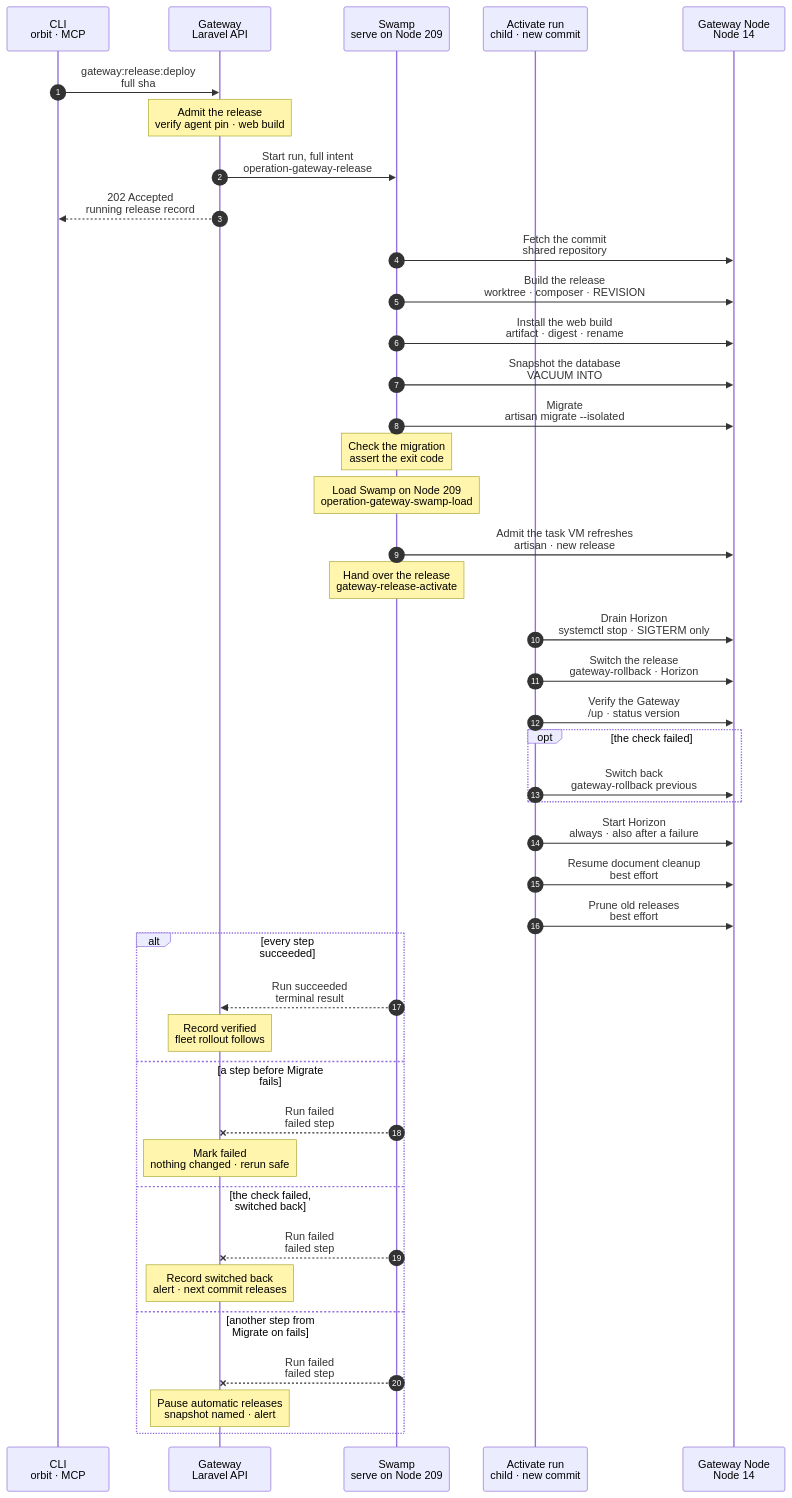
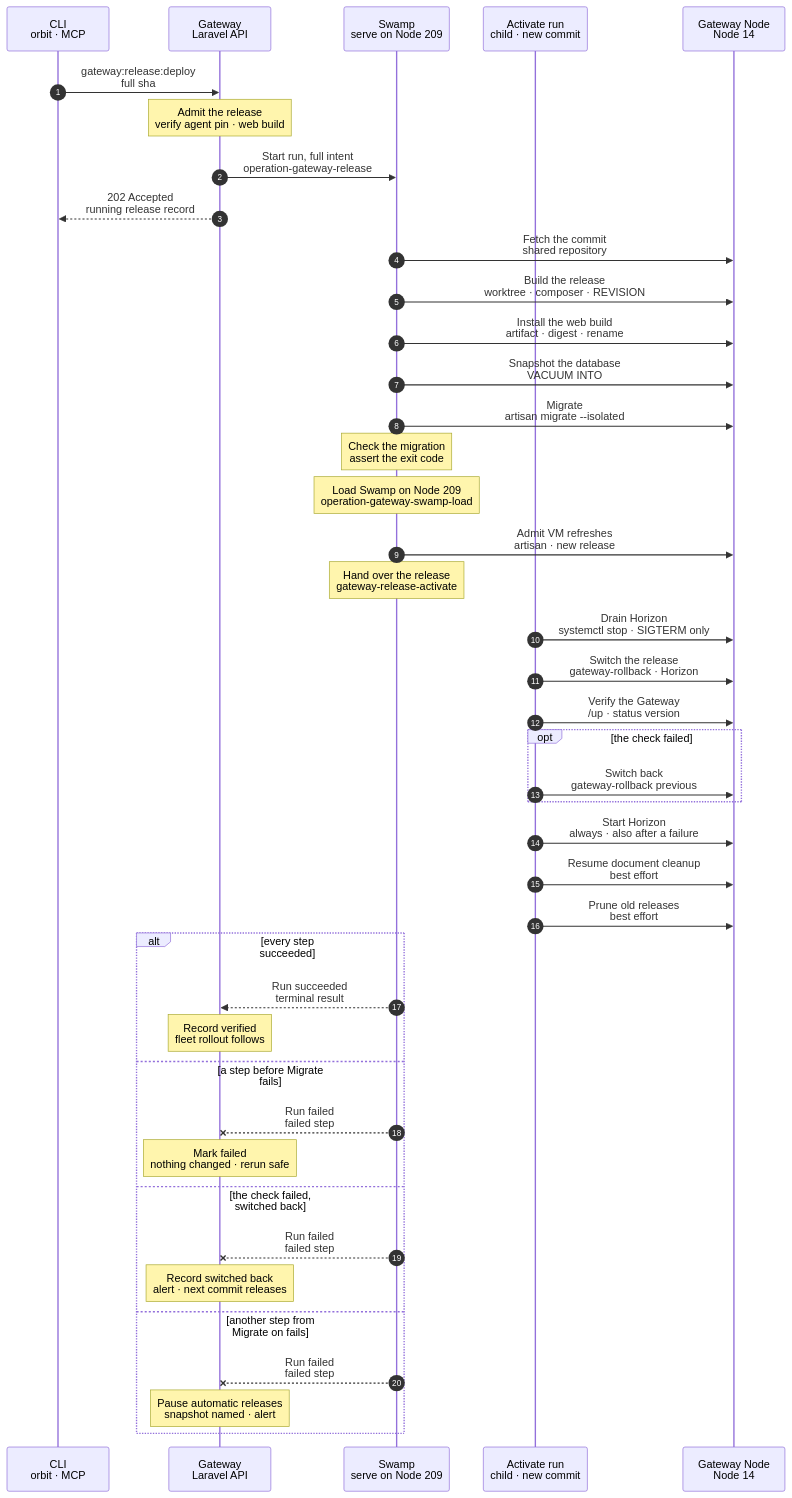
Before and after one commit to hardimpactdev/orbit: the diagram in docs/cli/gateway/release-deploy.mmd, drawn with Mermaid. The commit also changed 5 other files, not shown here.

Commit message:
Name the release step "Admit VM refreshes": the chart check wants steps and messages to match

```diff
--- a/docs/cli/gateway/release-deploy.mmd
+++ b/docs/cli/gateway/release-deploy.mmd
@@ -1,101 +1,101 @@
 sequenceDiagram
   %% Target design: docs/reference/feature-flow.md section 6, one Swamp workflow per Gateway release, manual or automatic.
   %% A failed check switches back; migrations are expand and contract. docs/reference/gateway-recovery.md#release-as-a-swamp-run.
   %% status: draft
   %% command: gateway:release:deploy
   %% kind: gateway.release
   %% behavior name: gateway-release-<step>-209 (fixed)
   autonumber
   %% lane TR icon=terminal pill=caller tone=gray
   %% lane GW icon=gateway pill=intent tone=blue
   %% lane SW icon=workflow pill=executes tone=green
   %% lane AC icon=workflow pill=child tone=green
   %% lane GN icon=server pill=target tone=amber
   participant TR as CLI<br/>orbit · MCP
   participant GW as Gateway<br/>Laravel API
   participant SW as Swamp<br/>serve on Node 209
   participant AC as Activate run<br/>child · new commit
   participant GN as Gateway Node<br/>Node 14
   TR->>GW: gateway:release:deploy<br/>full sha
   %%> Command:
   %%> - `orbit gateway:release:deploy <full sha>`; the automatic tick admits the newest green commit the same way
   Note over GW: Admit the release<br/>verify agent pin · web build
   %%> Requirements:
   %%> - the full commit; no other release queued or running
   %%> - the agent pin passes its Sigstore check; CI published the commit's web build
   %%> Result:
   %%> - a running release record; the pin, artifact, Horizon unit and SSH targets frozen as inputs
   GW->>SW: Start run, full intent<br/>operation-gateway-release
   %%> What it does:
   %%> - at run start, mints one read token (contents, actions) into the vault
   GW-->>TR: 202 Accepted<br/>running release record
   SW->>GN: Fetch the commit<br/>shared repository
   %%> What it does:
   %%> - fetches the commit with the read token when the shared repository lacks it; the token reaches git only in its environment
   %%> Decided by the orchestrator, for Nick's review:
   %%> - the fetch is its own step, so that the build runs its script from the commit being released, not from the live release
   SW->>GN: Build the release<br/>worktree · composer · REVISION
   %%> What it does:
   %%> - refuses a commit that does not descend from the current release
   %%> - links shared env and storage, installs dependencies, seals with `REVISION` and a cached config
   %%> - a sealed release of the commit is reused
   SW->>GN: Install the web build<br/>artifact · digest · rename
   SW->>GN: Snapshot the database<br/>VACUUM INTO
   SW->>GN: Migrate<br/>artisan migrate --isolated
   %%> What it does:
   %%> - prints the end of the migration's output and its exit code; a failed exec would keep no output
   Note over SW: Check the migration<br/>assert the exit code
   %%> On failure:
   %%> - from here until the switch, the release pauses with the old release live
   %%> - the record's message ends with the migration's output
   Note over SW: Load Swamp on Node 209<br/>operation-gateway-swamp-load
   %%> What it does:
   %%> - the load child: checkout, grants the new release rendered, serve reload
-  SW->>GN: Admit the task VM refreshes<br/>artisan · new release
+  SW->>GN: Admit VM refreshes<br/>artisan · new release
   %%> What it does:
   %%> - runs `task-vms:refresh-images --commit <sha>` from the new release: one `task_vm.image_refresh` run per task VM host, admitted by the new commit's code, started on the workflows the load installed, and running while the release goes on to switch (docs/cli/tasks/vm-image-refresh.mmd)
   %%> - every release refreshes, code-only ones too: the base holds the warm checkout and the nested Gateway agent of the commit
   %%> On failure:
   %%> - best effort: the release never fails for it, and the hand-over waits only for the admission, a few seconds
   %%> - it runs before the switch, so a release that later fails or switches back has refreshed the base to its commit; the next release refreshes again
   Note over SW: Hand over the release<br/>gateway-release-activate
   %%> Why:
   %%> - the child runs from the definition the load installed, so the switch runs the new commit's steps
   AC->>GN: Drain Horizon<br/>systemctl stop · SIGTERM only
   %%> What it does:
   %%> - waits until the unit's whole control group is empty, as long as the drain allows; Horizon's jobs open SSH connections of their own, so no shared connection master stays in the group, and the wait covers any other process a job leaves
   %%> - refuses to stop a unit that lacks the stop policy (`KillMode=mixed`, `SendSIGKILL=no`), because it would kill a running job
   %%> On failure:
   %%> - the run fails with `gateway.release_horizon_unit_stale` for a unit without the policy, or `gateway.release_horizon_not_drained` when the unit did not stop in time; Horizon is started again below
   AC->>GN: Switch the release<br/>gateway-rollback · Horizon
   %%> Why:
   %%> - the same script an operator rolls back with: links, PHP-FPM reload, running services restart
   AC->>GN: Verify the Gateway<br/>/up · status version
   opt the check failed
     AC->>GN: Switch back<br/>gateway-rollback previous
   end
   AC->>GN: Start Horizon<br/>always · also after a failure
   %%> Why:
   %%> - the release drained Horizon, so every end of the run leaves it running: the old release after a failed drain or a switch back, the new one after a verified switch
   %%> - starting a running unit changes nothing
   %%> Decided by the orchestrator, for Nick's review:
   %%> - the drain relies on the unit's stop policy alone; the rollback script no longer starts a stopped Horizon, because this step does after every end of the run
   AC->>GN: Resume document cleanup<br/>best effort
   %%> Why:
   %%> - the scheduler restart paused the release cleanups; one that stays paused never fails the release
   AC->>GN: Prune old releases<br/>best effort
   alt every step succeeded
     SW-->>GW: Run succeeded<br/>terminal result
     Note over GW: Record verified<br/>fleet rollout follows
     %%> Next:
     %%> - the Gateway queues one `fleet.rollout` admission for the Nodes behind this commit (`fleet:rollout`)
   else a step before Migrate fails
     SW--xGW: Run failed<br/>failed step
     Note over GW: Mark failed<br/>nothing changed · rerun safe
   else the check failed, switched back
     SW--xGW: Run failed<br/>failed step
     Note over GW: Record switched back<br/>alert · next commit releases
   else another step from Migrate on fails
     SW--xGW: Run failed<br/>failed step
     Note over GW: Pause automatic releases<br/>snapshot named · alert
   end
```
